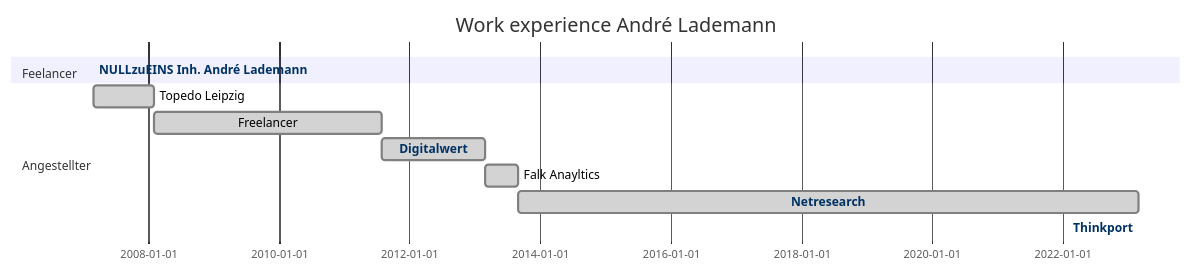
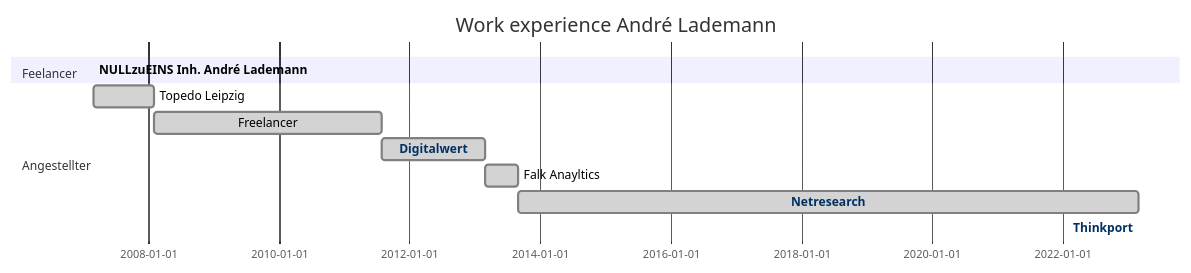
One commit to vergissberlin/vergissberlin changed the diagram in README.md. Above: the diagram before and after it, drawn with Mermaid.

````diff
--- a/README.md
+++ b/README.md
@@ -143,22 +143,22 @@
 ```mermaid
 gantt
 	dateFormat YYYY-MM-DD
 	title      Work experience André Lademann
 
 	section Feelancer 
-		NULLzuEINS Inh. André Lademann  :active,  nze, 2007-03, today
+		NULLzuEINS Inh. André Lademann  :done,  nze, 2007-03, today
 		click nze href "https://nullzueins.com"
 	
 	section Angestellter
 		Topedo Leipzig :done, emp1, 2007-03-01, 2008-02-01
 		Freelancer     :done, emp2, after emp1, 2011-08-01
 		Digitalwert    :done, emp3, after emp2, 2013-03-01
 		Falk Anayltics :done, emp4, after emp3, 2013-09-01
 		Netresearch    :done, emp5, after emp4, 2023-02-28
 		Thinkport      :active, emp6, after emp5, today
 	
 		click emp3 href "https://torpedo-motor.com"
 		click emp3 href "https://digitalwert.de"
 		click emp5 href "https://netresearch.de"
 		click emp6 href "https://thinkport.digital"
 ```
````
